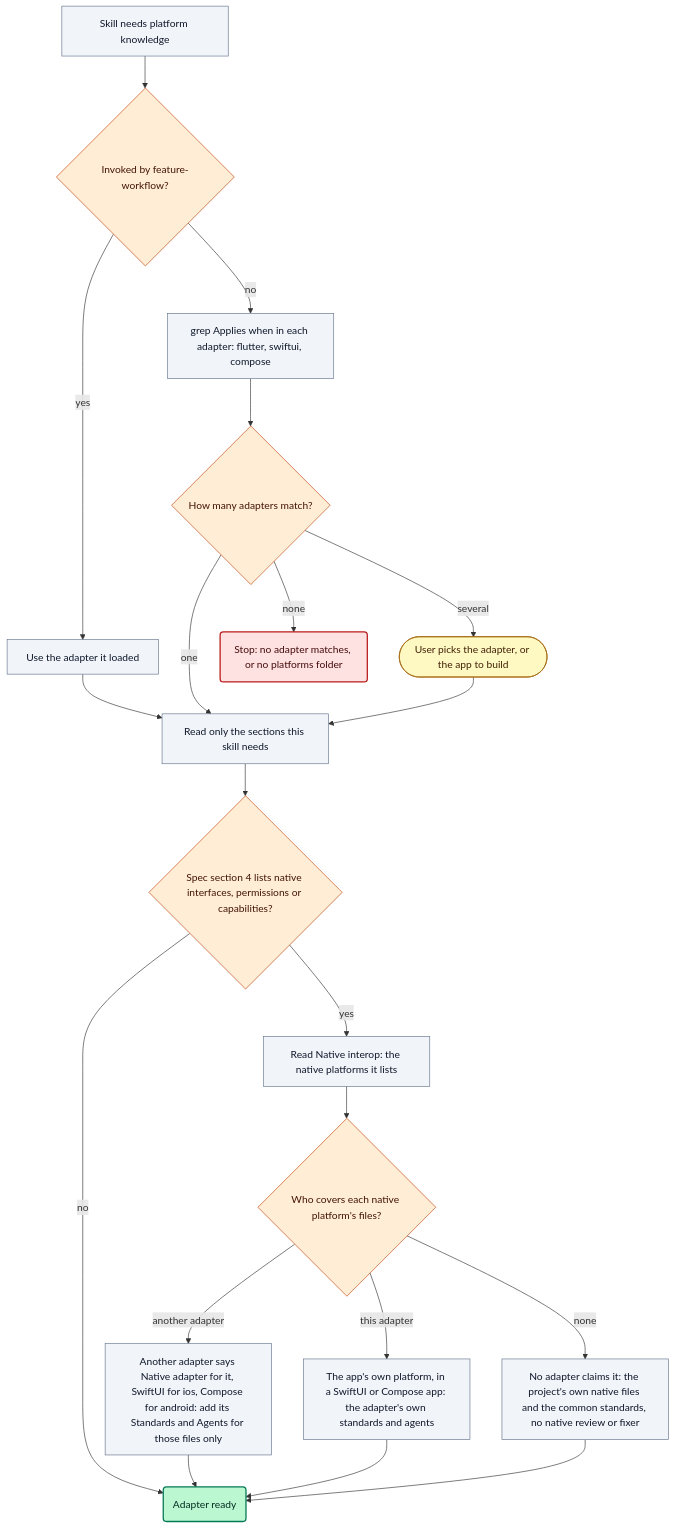
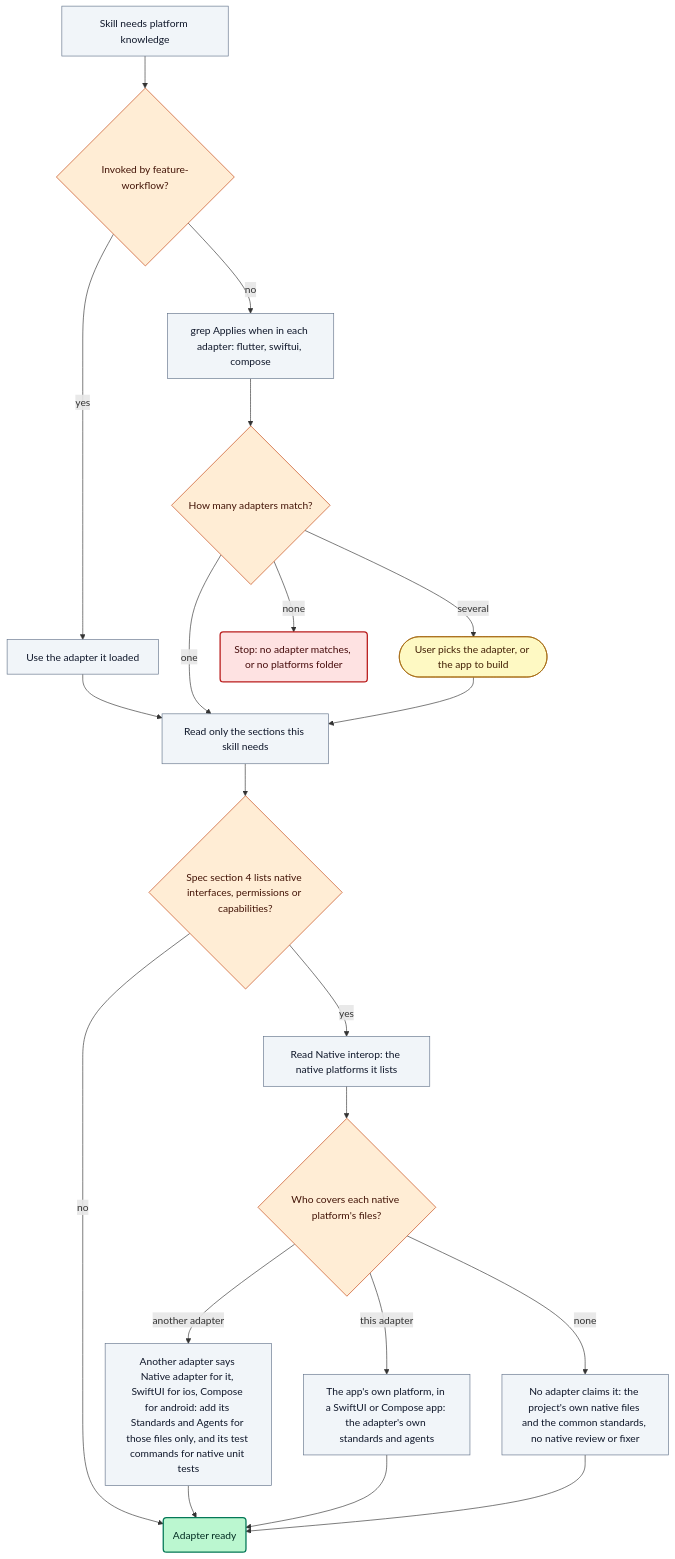
The first of 30 diagrams in maintenance/use-case-flows.md (teaualune/mobile-dev-skills), drawn with Mermaid before and after one commit. The commit also changed other lines of this file and 22 other files, not shown here.

````diff
--- a/maintenance/use-case-flows.md
+++ b/maintenance/use-case-flows.md
@@ -62,46 +62,46 @@
 ```mermaid
 flowchart TD
   classDef skill fill:#dbeafe,stroke:#1d4ed8,stroke-width:2px,color:#0b1b3f
   classDef agent fill:#ede9fe,stroke:#6d28d9,stroke-width:2px,color:#1e1033
   classDef step fill:#f1f5f9,stroke:#64748b,color:#0f172a
   classDef decision fill:#ffedd5,stroke:#c2410c,color:#431407
   classDef user fill:#fef9c3,stroke:#a16207,color:#422006
   classDef gate fill:#fef9c3,stroke:#dc2626,stroke-width:3px,color:#450a0a
   classDef state fill:#dcfce7,stroke:#15803d,color:#052e16
   classDef done fill:#bbf7d0,stroke:#047857,stroke-width:2px,color:#022c22
   classDef stop fill:#fee2e2,stroke:#b91c1c,stroke-width:2px,color:#450a0a
   L0["Skill needs platform knowledge"]:::step
   L1{"Invoked by feature-workflow?"}:::decision
   L2["Use the adapter it loaded"]:::step
   L3["grep Applies when in each adapter: flutter, swiftui, compose"]:::step
   L4{"How many adapters match?"}:::decision
   L5(["User picks the adapter, or the app to build"]):::user
   L6("Stop: no adapter matches, or no platforms folder"):::stop
   L7["Read only the sections this skill needs"]:::step
   L8{"Spec section 4 lists native interfaces, permissions or capabilities?"}:::decision
   L9["Read Native interop: the native platforms it lists"]:::step
   L10{"Who covers each native platform's files?"}:::decision
-  L11["Another adapter says Native adapter for it, SwiftUI for ios, Compose for android: add its Standards and Agents for those files only"]:::step
+  L11["Another adapter says Native adapter for it, SwiftUI for ios, Compose for android: add its Standards and Agents for those files only, and its test commands for native unit tests"]:::step
   L12["The app's own platform, in a SwiftUI or Compose app: the adapter's own standards and agents"]:::step
   L14["No adapter claims it: the project's own native files and the common standards, no native review or fixer"]:::step
   L13("Adapter ready"):::done
   L0 --> L1
   L1 -->|yes| L2
   L1 -->|no| L3
   L2 --> L7
   L3 --> L4
   L4 -->|one| L7
   L4 -->|several| L5
   L4 -->|none| L6
   L5 --> L7
   L7 --> L8
   L8 -->|no| L13
   L8 -->|yes| L9
   L9 --> L10
   L10 -->|another adapter| L11
   L10 -->|this adapter| L12
   L10 -->|none| L14
   L11 --> L13
   L12 --> L13
   L14 --> L13
 ```
````
